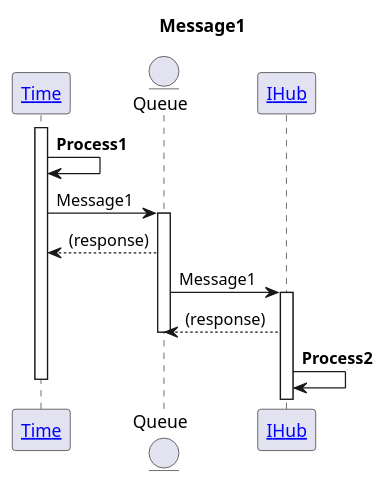
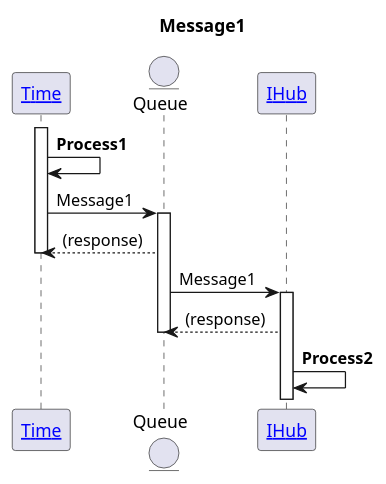
Before and after one commit to aleksandr-bit1/test: the diagram in dochub/workspace/messages/message1.puml, drawn with PlantUML. The commit also changed other lines of this file and 7 other files, not shown here.

```diff
--- a/dochub/workspace/messages/message1.puml
+++ b/dochub/workspace/messages/message1.puml
@@ -1,17 +1,17 @@
 @startuml
 title Message1
 participant "[[/architect/components/applications.time Time]]" as Time
 entity Queue
 participant "[[/architect/components/applications.integration.hub IHub]]" as IHub
 
 activate Time
 Time -> Time : **Process1**
 Time -> Queue ++ : Message1
 Time <-- Queue : (response)
+deactivate Time
 Queue -> IHub ++ : Message1
 Queue <-- IHub : (response)
 deactivate Queue
 IHub -> IHub : **Process2**
 
-deactivate Time
 @enduml
```
